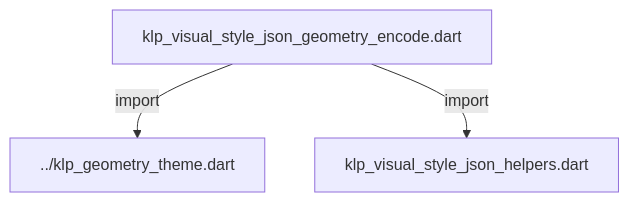
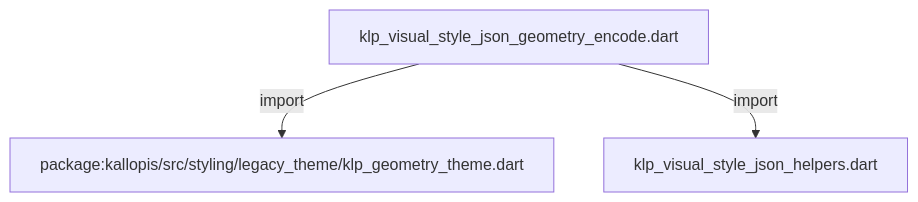
The diagram in docs/architecture/src/styling/legacy_theme/internal/klp_visual_style_json_geometry_encode.md (MiuDog/Kallopis), drawn with Mermaid before and after one commit. The commit also changed other lines of this file and 9688 other files, not shown here.

Commit message:
Prepare isolated Flow F2 peer baseline

````diff
--- a/docs/architecture/src/styling/legacy_theme/internal/klp_visual_style_json_geometry_encode.md
+++ b/docs/architecture/src/styling/legacy_theme/internal/klp_visual_style_json_geometry_encode.md
@@ -11,8 +11,8 @@
 ```mermaid
 flowchart TD
 	n0["klp_visual_style_json_geometry_encode.dart"]
-	n1["../klp_geometry_theme.dart"]
+	n1["package:kallopis/src/styling/legacy_theme/klp_geometry_theme.dart"]
 	n2["klp_visual_style_json_helpers.dart"]
 	n0 -->|"import"| n1
 	n0 -->|"import"| n2
 ```
````
